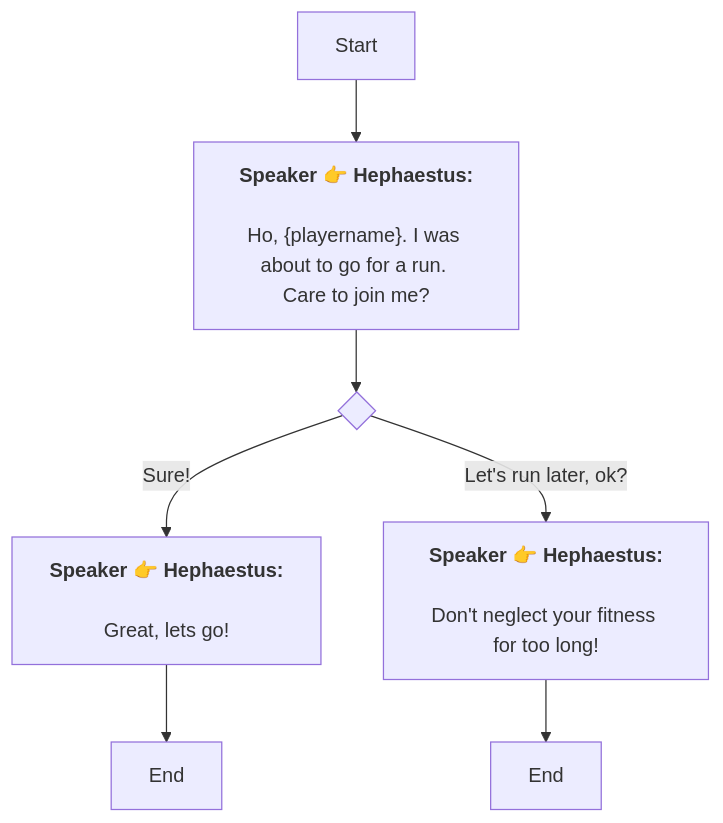
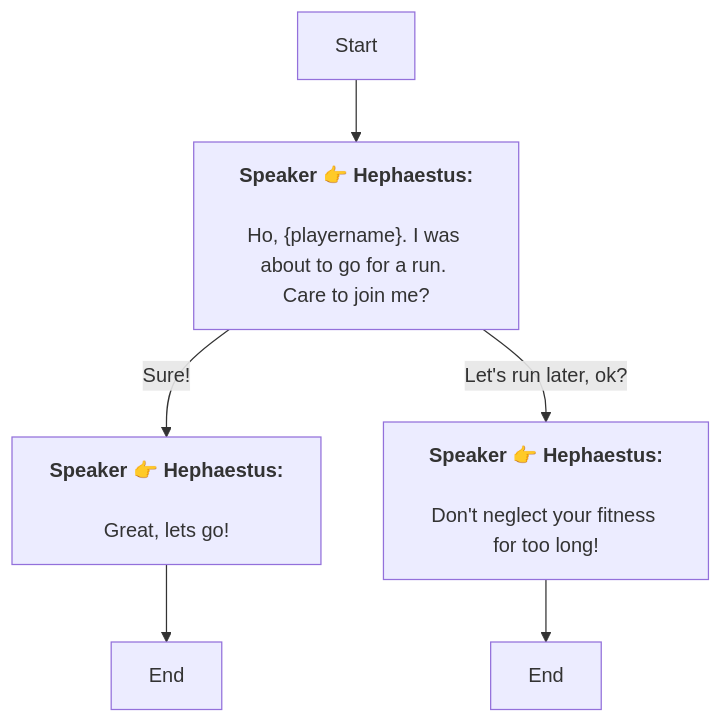
One commit to SoftHu/tos_avg changed the diagram in En/QuestTalkObjectiveNode_1772321925379197.md. Above: the diagram before and after it, drawn with Mermaid. The commit also changed 737 other files, not shown here.

````diff
--- a/En/QuestTalkObjectiveNode_1772321925379197.md
+++ b/En/QuestTalkObjectiveNode_1772321925379197.md
@@ -1,18 +1,14 @@
 ```mermaid
 graph
-Start -->1772322036569216[<b>Speaker 👉 Hephaestus:</b>
-
-Ho, &lbrace;playername&rbrace;. I was about to go for a run. 
+Start -->1774173361503592[<b>Speaker 👉 Hephaestus:</b>
+\nHo, &lbrace;playername&rbrace;. I was about to go for a run. 
 Care to join me?
 ]
-1772322036569216 -->1772322101835905{ }
-1772322101835905 -->|Sure!|1772322117629062[<b>Speaker 👉 Hephaestus:</b>
+1774173361503592 -->|Sure!|1774173361503596[<b>Speaker 👉 Hephaestus:</b>
+\nGreat, lets go!]
+1774173361503592 -->|Let's run later, ok?|1774173361508718[<b>Speaker 👉 Hephaestus:</b>
+\nDon't neglect your fitness for too long! ]
+1774173361503596 -->1774173361503597[End]
+1774173361508718 -->1774173361508719[End]
 
-Great, lets go!]
-1772322101835905 -->|Let's run later, ok?|1772322146727048[<b>Speaker 👉 Hephaestus:</b>
-
-Don't neglect your fitness for too long! ]
-1772322117629062 -->1772322142607495[End]
-1772322146727048 -->1772322179463305[End]
-
- ```
+```
````
